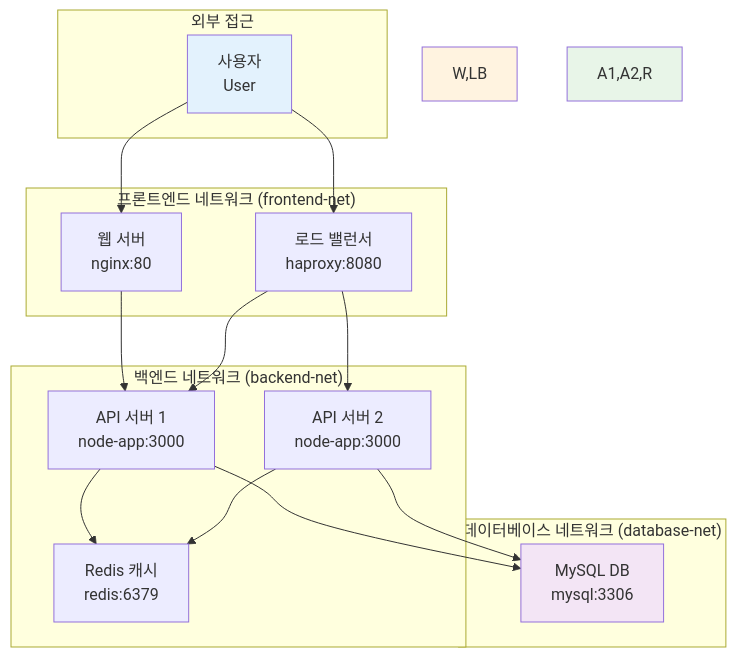
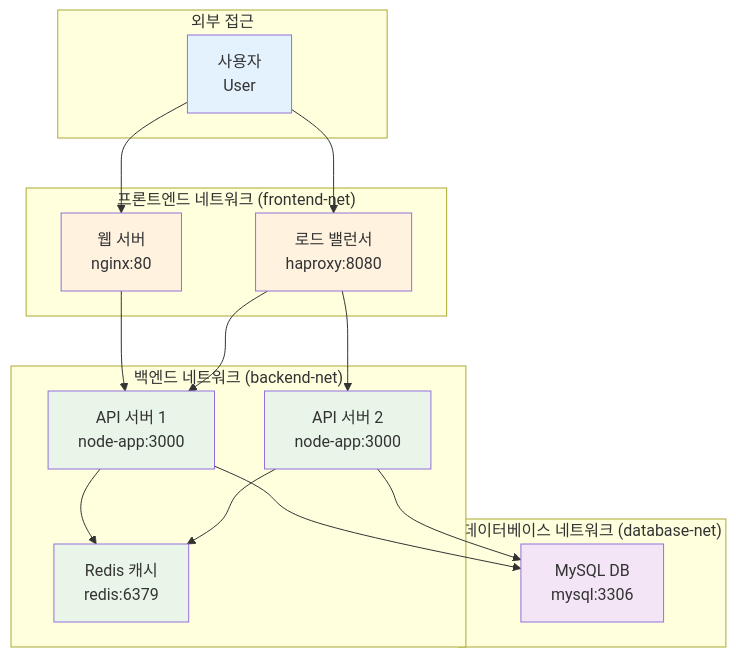
The diagram in theory/week_02/day1/lab_1.md (niceguy61/kdt_devops_lecture_2025), drawn with Mermaid before and after one commit.

Commit message:
mermaid 수정

````diff
--- a/theory/week_02/day1/lab_1.md
+++ b/theory/week_02/day1/lab_1.md
@@ -29,36 +29,39 @@
 ```mermaid
 graph TB
     subgraph "외부 접근"
         U[사용자<br/>User]
     end
     
     subgraph "프론트엔드 네트워크 (frontend-net)"
         W[웹 서버<br/>nginx:80]
         LB[로드 밸런서<br/>haproxy:8080]
     end
     
     subgraph "백엔드 네트워크 (backend-net)"
         A1[API 서버 1<br/>node-app:3000]
         A2[API 서버 2<br/>node-app:3000]
         R[Redis 캐시<br/>redis:6379]
     end
     
     subgraph "데이터베이스 네트워크 (database-net)"
         DB[MySQL DB<br/>mysql:3306]
     end
     
     U --> W
     U --> LB
     W --> A1
     LB --> A1
     LB --> A2
     A1 --> R
     A2 --> R
     A1 --> DB
     A2 --> DB
     
     style U fill:#e3f2fd
-    style W,LB fill:#fff3e0
-    style A1,A2,R fill:#e8f5e8
+    style W fill:#fff3e0
+    style LB fill:#fff3e0
+    style A1 fill:#e8f5e8
+    style A2 fill:#e8f5e8
+    style R fill:#e8f5e8
     style DB fill:#f3e5f5
 ```
````
